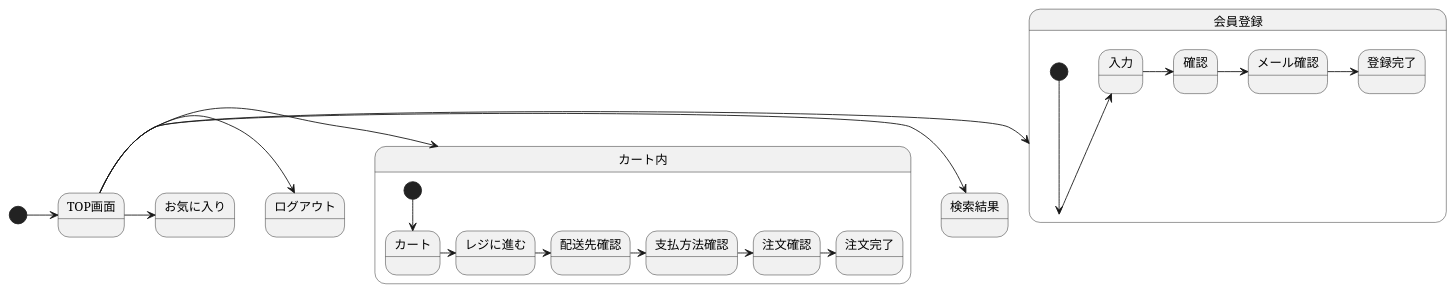
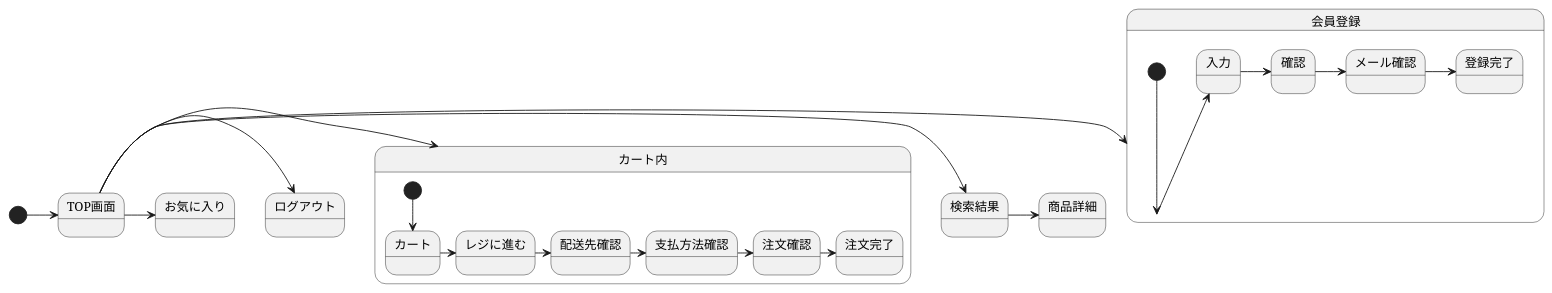
One commit to Aso2101121/2021sys-design-2 changed the diagram in チーム開発/画面遷移.md. Above: the diagram before and after it, drawn with PlantUML.

````diff
--- a/チーム開発/画面遷移.md
+++ b/チーム開発/画面遷移.md
@@ -1,29 +1,30 @@
 ```uml
 @startuml
 [*]      ->    TOP画面
 TOP画面  ->    検索結果
 TOP画面  ->    会員登録
 TOP画面  ->    カート内
 TOP画面  ->    ログアウト
 TOP画面  ->    お気に入り
+検索結果 ->    商品詳細
 
 
 state 会員登録{
  [*]    -->    会員登録
  会員登録 ->  入力
  入力     ->  確認
  確認     ->  メール確認
  メール確認 -> 登録完了
 }
 
 state カート内{
  [*]    -->    カート
  カート  ->    レジに進む
  レジに進む  ->  配送先確認
  配送先確認 ->   支払方法確認
  支払方法確認 -> 注文確認
  注文確認 ->  注文完了
 }
 
 @enduml
 ```
````
